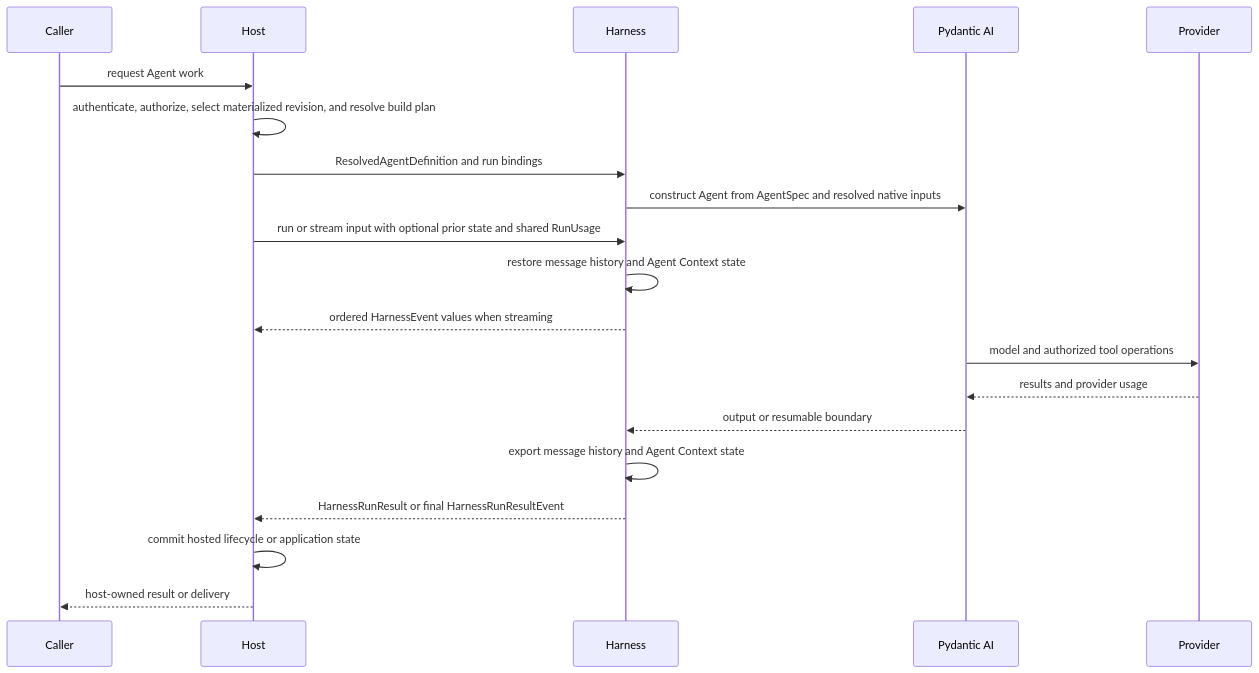
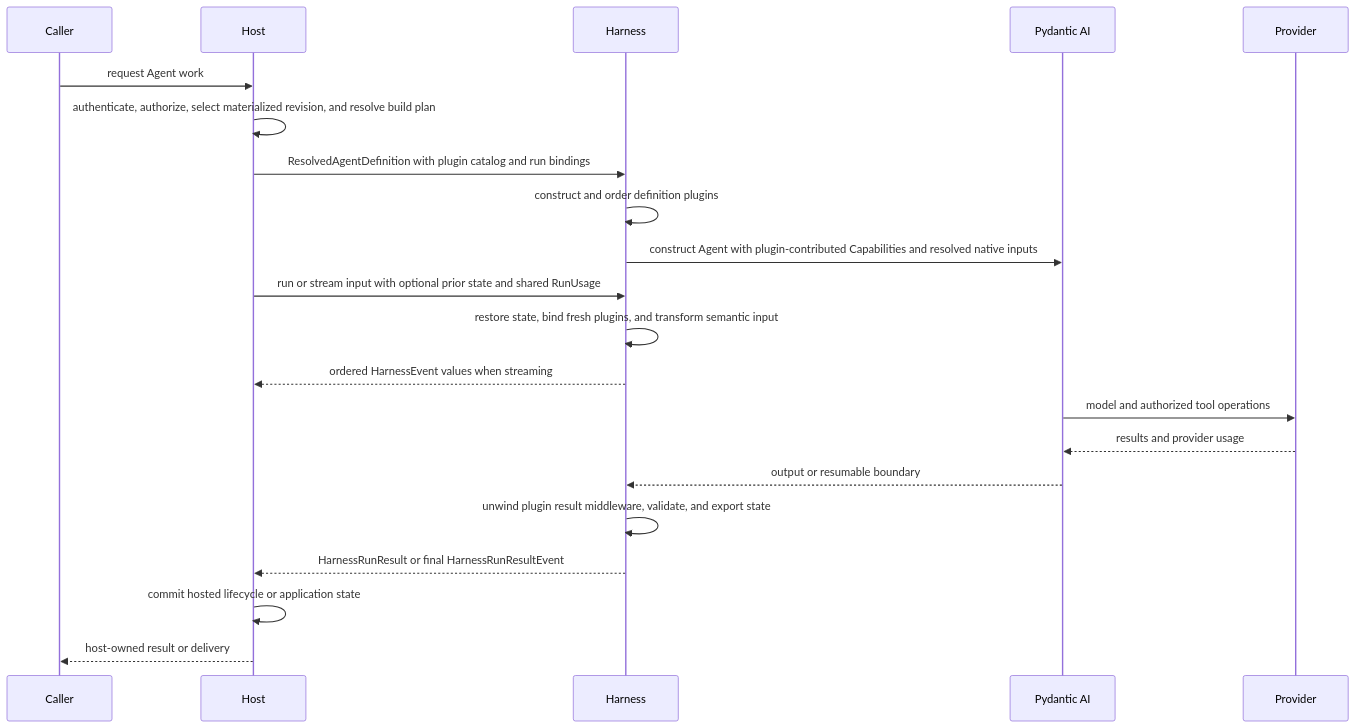
Before and after one commit to LTThreeComma/agent-foundation: the second of 3 diagrams in spec/agent-harness/00-overview.md, drawn with Mermaid. The commit also changed other lines of this file and 21 other files, not shown here.

First line of the commit message:
feat(harness): define first-class plugin lifecycle

````diff
--- a/spec/agent-harness/00-overview.md
+++ b/spec/agent-harness/00-overview.md
@@ -96,23 +98,24 @@
 ```mermaid
 sequenceDiagram
     participant Caller
     participant Host
     participant Harness
     participant Pydantic as Pydantic AI
     participant Provider
 
     Caller->>Host: request Agent work
     Host->>Host: authenticate, authorize, select materialized revision, and resolve build plan
-    Host->>Harness: ResolvedAgentDefinition and run bindings
-    Harness->>Pydantic: construct Agent from AgentSpec and resolved native inputs
+    Host->>Harness: ResolvedAgentDefinition with plugin catalog and run bindings
+    Harness->>Harness: construct and order definition plugins
+    Harness->>Pydantic: construct Agent with plugin-contributed Capabilities and resolved native inputs
     Host->>Harness: run or stream input with optional prior state and shared RunUsage
-    Harness->>Harness: restore message history and Agent Context state
+    Harness->>Harness: restore state, bind fresh plugins, and transform semantic input
     Harness-->>Host: ordered HarnessEvent values when streaming
     Pydantic->>Provider: model and authorized tool operations
     Provider-->>Pydantic: results and provider usage
     Pydantic-->>Harness: output or resumable boundary
-    Harness->>Harness: export message history and Agent Context state
+    Harness->>Harness: unwind plugin result middleware, validate, and export state
     Harness-->>Host: HarnessRunResult or final HarnessRunResultEvent
     Host->>Host: commit hosted lifecycle or application state
     Host-->>Caller: host-owned result or delivery
 ```
````
